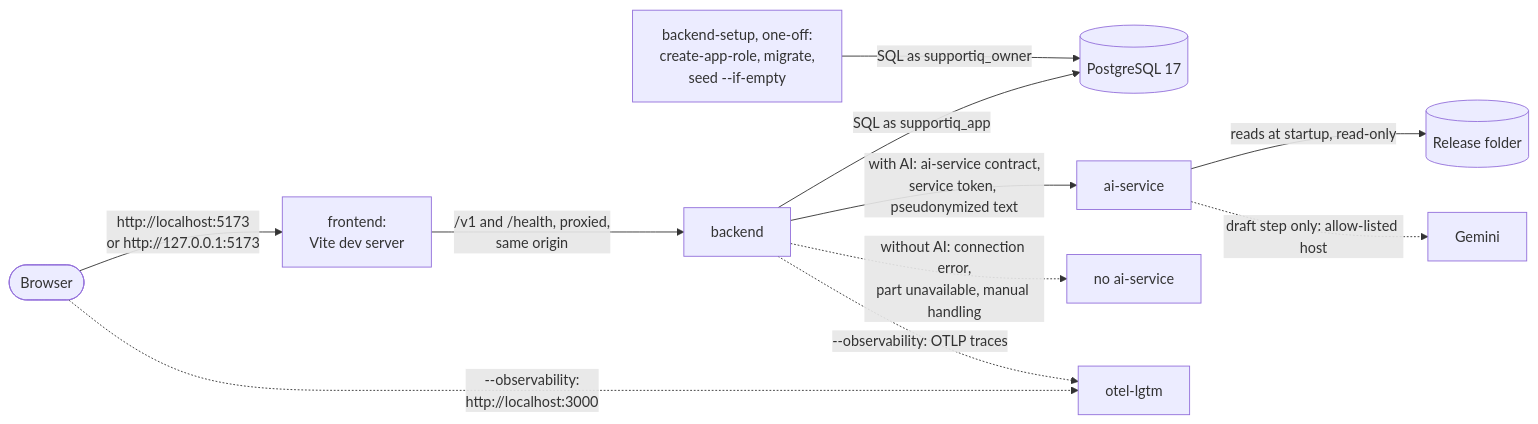
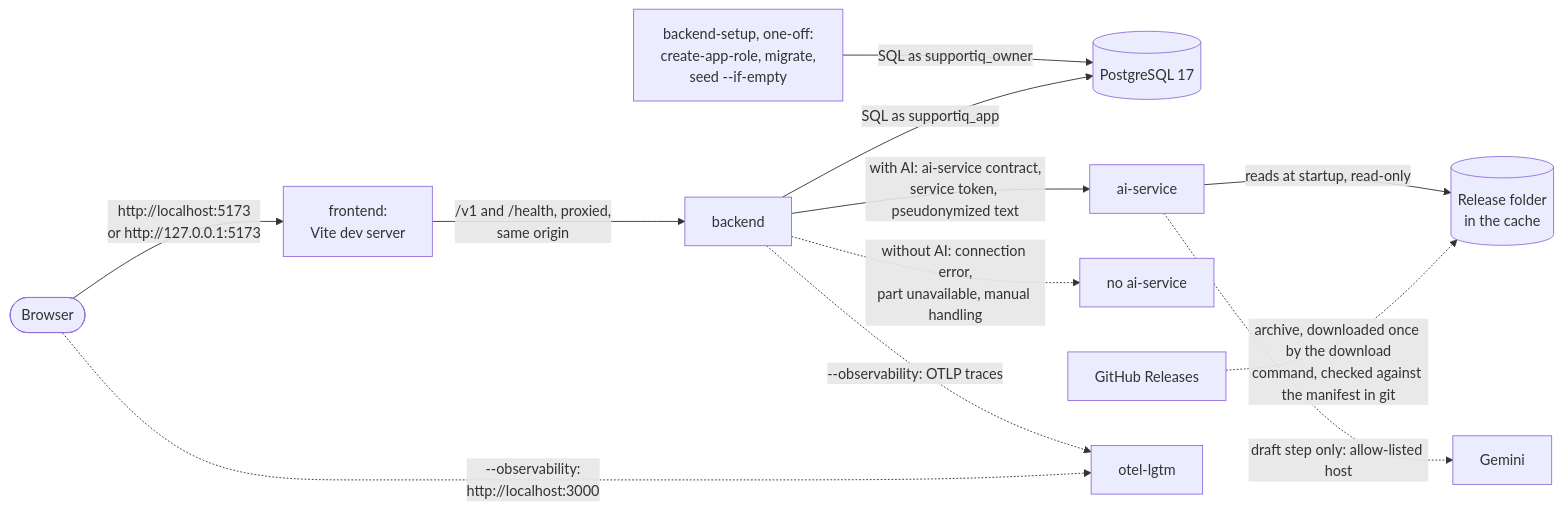
Before and after one commit to ml-system-design-nhom-5/SupportIQ: the second of 2 diagrams in docs/design/local-run.md, drawn with Mermaid. The commit also changed other lines of this file and 2 other files, not shown here.

````diff
--- a/docs/design/local-run.md
+++ b/docs/design/local-run.md
@@ -170,13 +257,14 @@
 ```mermaid
 flowchart LR
     Browser(["Browser"]) -->|"http://localhost:5173<br/>or http://127.0.0.1:5173"| FE["frontend:<br/>Vite dev server"]
     FE -->|"/v1 and /health, proxied,<br/>same origin"| BE["backend"]
     Setup["backend-setup, one-off:<br/>create-app-role, migrate,<br/>seed --if-empty"] -->|"SQL as supportiq_owner"| DB[("PostgreSQL 17")]
     BE -->|"SQL as supportiq_app"| DB
     BE -->|"with AI: ai-service contract,<br/>service token, pseudonymized text"| AI["ai-service"]
     BE -.->|"without AI: connection error,<br/>part unavailable, manual handling"| Nothing["no ai-service"]
-    AI -->|"reads at startup, read-only"| Rel[("Release folder")]
+    AI -->|"reads at startup, read-only"| Rel[("Release folder<br/>in the cache")]
+    GH["GitHub Releases"] -.->|"archive, downloaded once by the download<br/>command, checked against the manifest in git"| Rel
     AI -.->|"draft step only: allow-listed host"| LLM["Gemini"]
     BE -.->|"--observability: OTLP traces"| LGTM["otel-lgtm"]
     Browser -.->|"--observability:<br/>http://localhost:3000"| LGTM
 ```
````
